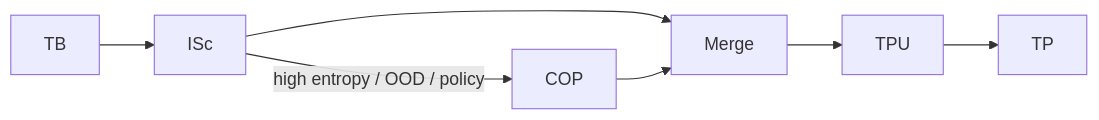
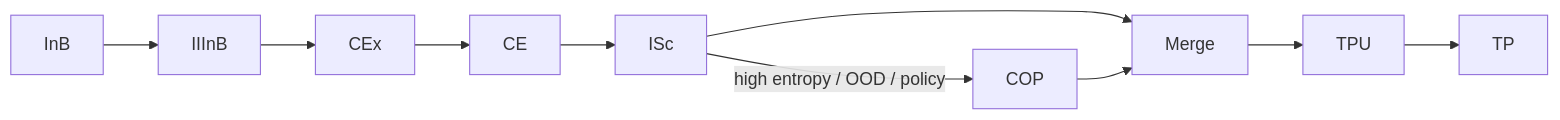
Before and after one commit to CuriousOne23/WhenMathPrays: the diagram in thought_simulator/20_requirements/20.44_ts_isc_scoring.md, drawn with Mermaid. The commit also changed other lines of this file, not shown here.

````diff
--- a/thought_simulator/20_requirements/20.44_ts_isc_scoring.md
+++ b/thought_simulator/20_requirements/20.44_ts_isc_scoring.md
@@ -233,9 +275,13 @@
 ```mermaid
 flowchart LR
-    TB --> ISc
+    InB --> IIInB
+    IIInB --> CEx
+    CEx --> CE
+    CE --> ISc
     ISc --> Merge
     Merge --> TPU
     TPU --> TP
+
     ISc -->|high entropy / OOD / policy| COP
     COP --> Merge
 ```
````
